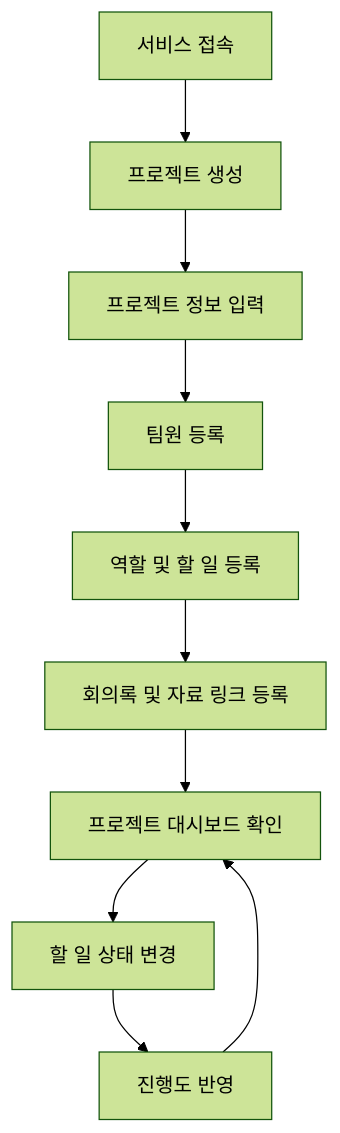
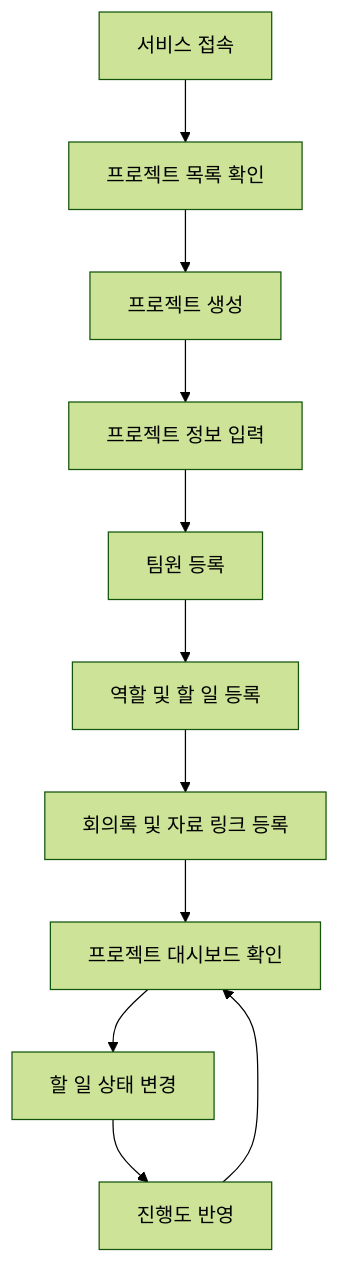
The first of 2 diagrams in docs/plan.md (Mureung1/hub-showcase), drawn with Mermaid (forest theme) before and after one commit. The commit also changed other lines of this file and 3 other files, not shown here.

````diff
--- a/docs/plan.md
+++ b/docs/plan.md
@@ -38,12 +173,13 @@
 ```mermaid
 flowchart TD
-    A[서비스 접속] --> B[프로젝트 생성]
-    B --> C[프로젝트 정보 입력]
-    C --> D[팀원 등록]
-    D --> E[역할 및 할 일 등록]
-    E --> F[회의록 및 자료 링크 등록]
-    F --> G[프로젝트 대시보드 확인]
-    G --> H[할 일 상태 변경]
-    H --> I[진행도 반영]
-    I --> G
+    A[서비스 접속] --> B[프로젝트 목록 확인]
+    B --> C[프로젝트 생성]
+    C --> D[프로젝트 정보 입력]
+    D --> E[팀원 등록]
+    E --> F[역할 및 할 일 등록]
+    F --> G[회의록 및 자료 링크 등록]
+    G --> H[프로젝트 대시보드 확인]
+    H --> I[할 일 상태 변경]
+    I --> J[진행도 반영]
+    J --> H
 ```
````
